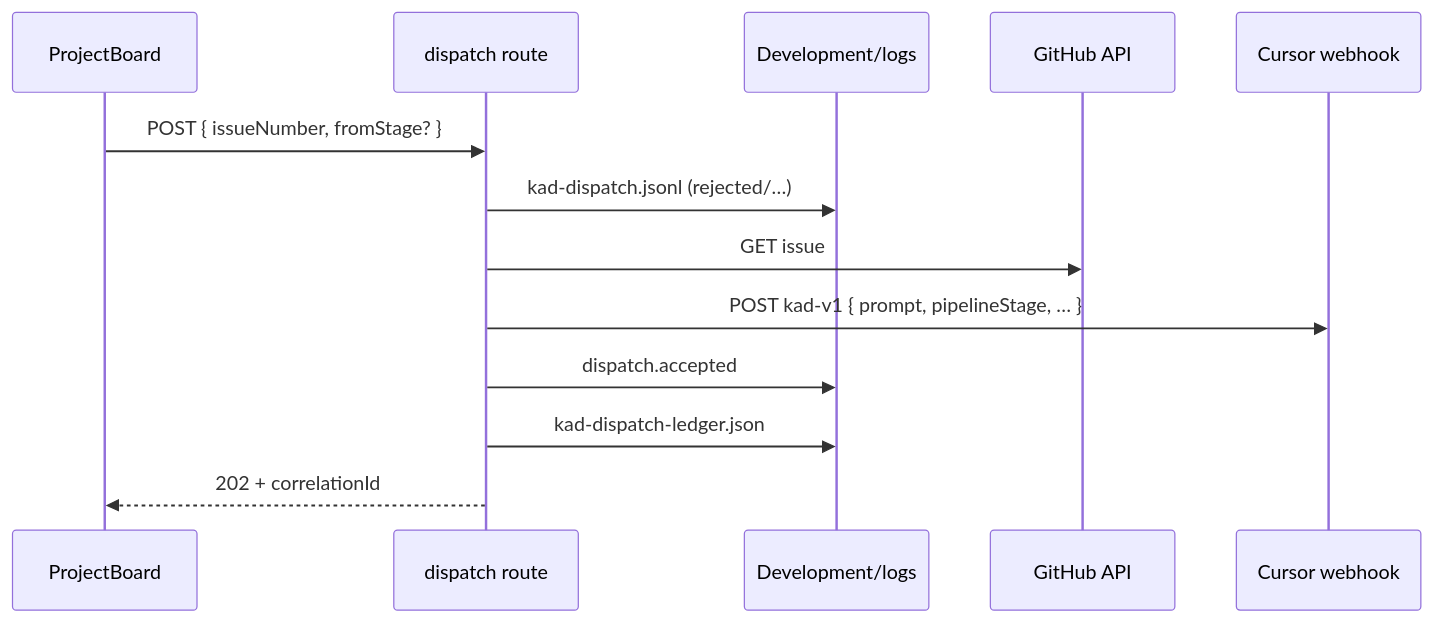
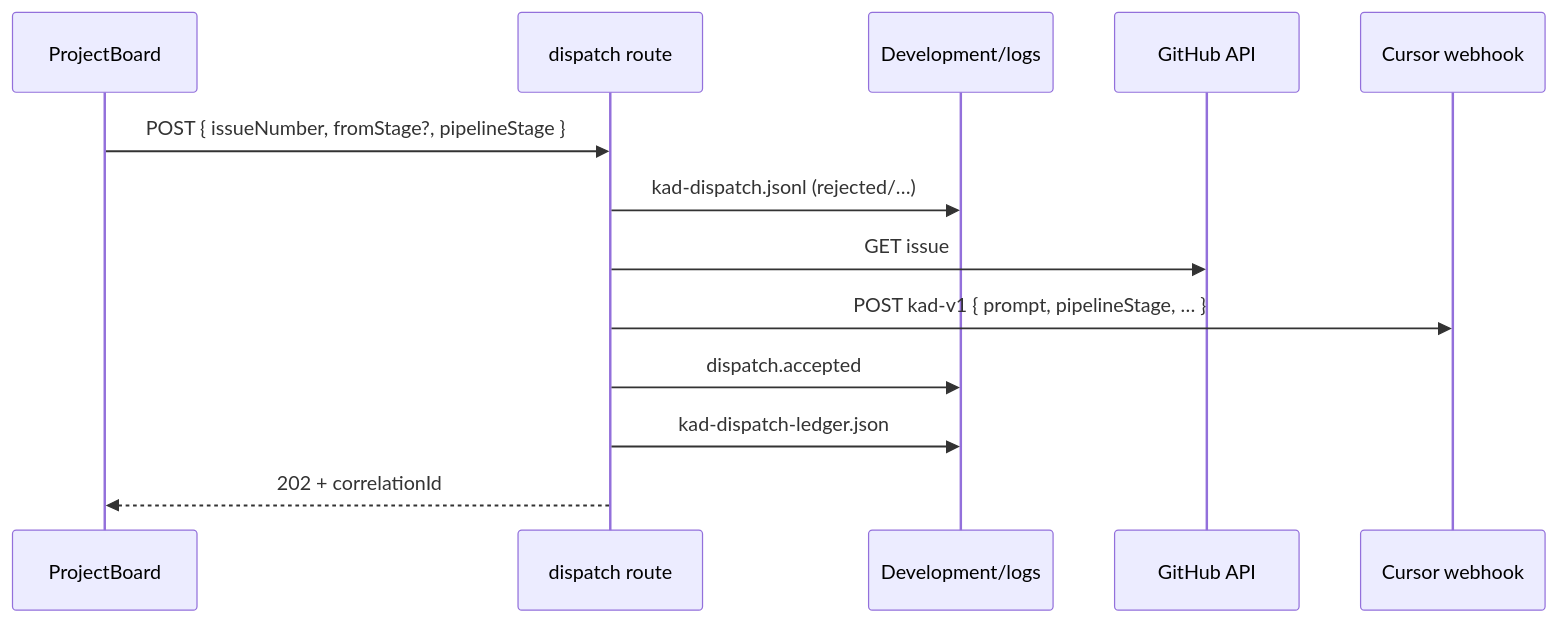
The second of 2 diagrams in Docs/Architecture-Development-Orchestration.md (ariprasetyoskom/meeting-room-cursor), drawn with Mermaid before and after one commit. The commit also changed other lines of this file and 5 other files, not shown here.

````diff
--- a/Docs/Architecture-Development-Orchestration.md
+++ b/Docs/Architecture-Development-Orchestration.md
@@ -96,16 +97,16 @@
 ```mermaid
 sequenceDiagram
   participant UI as ProjectBoard
   participant API as dispatch route
   participant LOG as Development/logs
   participant GH as GitHub API
   participant WH as Cursor webhook
 
-  UI->>API: POST { issueNumber, fromStage? }
+  UI->>API: POST { issueNumber, fromStage?, pipelineStage }
   API->>LOG: kad-dispatch.jsonl (rejected/…)
   API->>GH: GET issue
   API->>WH: POST kad-v1 { prompt, pipelineStage, … }
   API->>LOG: dispatch.accepted
   API->>LOG: kad-dispatch-ledger.json
   API-->>UI: 202 + correlationId
 ```
````
